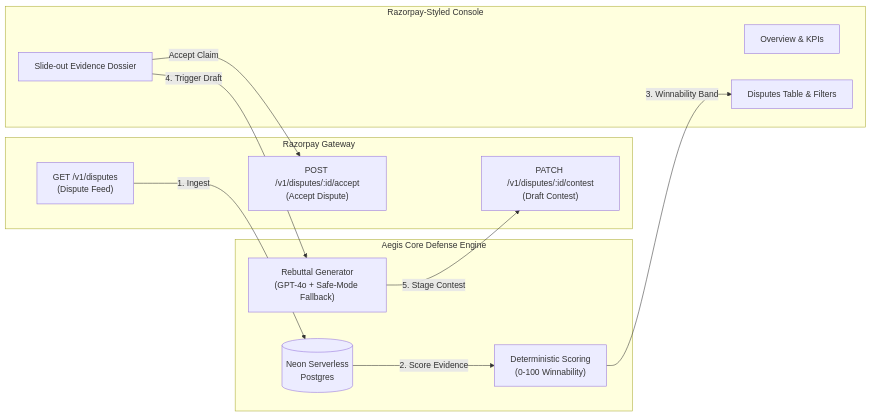
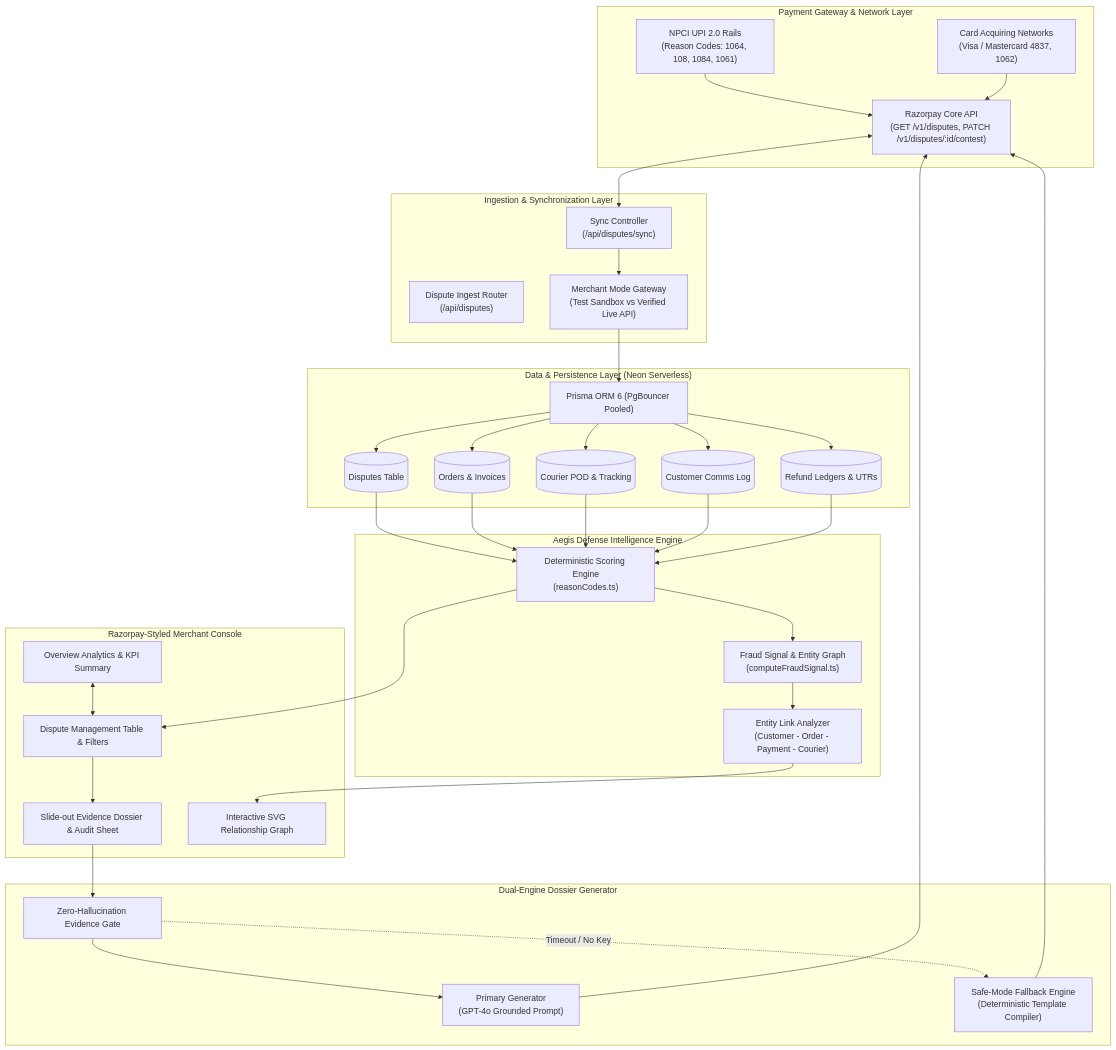
The first of 2 diagrams in README.md (YashDoesCode/aegis.razorpay.com), drawn with Mermaid before and after one commit. The commit also changed other lines of this file and 10 other files, not shown here.

````diff
--- a/README.md
+++ b/README.md
@@ -39,27 +115,76 @@
 ```mermaid
-flowchart LR
-    subgraph Gateway ["Razorpay Gateway"]
-        RZP_DISPUTES["GET /v1/disputes\n(Dispute Feed)"]
-        RZP_CONTEST["PATCH /v1/disputes/:id/contest\n(Draft Contest)"]
-        RZP_ACCEPT["POST /v1/disputes/:id/accept\n(Accept Dispute)"]
+flowchart TB
+    subgraph GatewayLayer ["Payment Gateway & Network Layer"]
+        RZP_API["Razorpay Core API\n(GET /v1/disputes, PATCH /v1/disputes/:id/contest)"]
+        NPCI["NPCI UPI 2.0 Rails\n(Reason Codes: 1064, 108, 1084, 1061)"]
+        CARDS["Card Acquiring Networks\n(Visa / Mastercard 4837, 1062)"]
     end
 
-    subgraph AegisEngine ["Aegis Core Defense Engine"]
-        NEON[(Neon Serverless\nPostgres)]
-        SCORE["Deterministic Scoring\n(0-100 Winnability)"]
-        LLM["Rebuttal Generator\n(GPT-4o + Safe-Mode Fallback)"]
+    subgraph IngestionLayer ["Ingestion & Synchronization Layer"]
+        SYNC_HANDLER["Sync Controller\n(/api/disputes/sync)"]
+        WEBHOOK_INGEST["Dispute Ingest Router\n(/api/disputes)"]
+        MODE_GATE["Merchant Mode Gateway\n(Test Sandbox vs Verified Live API)"]
     end
 
-    subgraph Dashboard ["Razorpay-Styled Console"]
-        UI_METRICS["Overview & KPIs"]
-        UI_TABLE["Disputes Table & Filters"]
-        UI_DRAWER["Slide-out Evidence Dossier"]
+    subgraph DataStoreLayer ["Data & Persistence Layer (Neon Serverless)"]
+        PRISMA["Prisma ORM 6 (PgBouncer Pooled)"]
+        DB_DISPUTES[("Disputes Table")]
+        DB_ORDERS[("Orders & Invoices")]
+        DB_DELIVERY[("Courier POD & Tracking")]
+        DB_COMMS[("Customer Comms Log")]
+        DB_REFUNDS[("Refund Ledgers & UTRs")]
     end
 
-    RZP_DISPUTES -->|1. Ingest| NEON
-    NEON -->|2. Score Evidence| SCORE
-    SCORE -->|3. Winnability Band| UI_TABLE
-    UI_DRAWER -->|4. Trigger Draft| LLM
-    LLM -->|5. Stage Contest| RZP_CONTEST
-    UI_DRAWER -->|Accept Claim| RZP_ACCEPT
+    subgraph IntelligenceLayer ["Aegis Defense Intelligence Engine"]
+        RULE_ENGINE["Deterministic Scoring Engine\n(reasonCodes.ts)"]
+        FRAUD_ENGINE["Fraud Signal & Entity Graph\n(computeFraudSignal.ts)"]
+        GRAPH_BUILDER["Entity Link Analyzer\n(Customer - Order - Payment - Courier)"]
+    end
+
+    subgraph GenerationLayer ["Dual-Engine Dossier Generator"]
+        LLM_GEN["Primary Generator\n(GPT-4o Grounded Prompt)"]
+        SAFE_FALLBACK["Safe-Mode Fallback Engine\n(Deterministic Template Compiler)"]
+        SAFETY_GATE["Zero-Hallucination Evidence Gate"]
+    end
+
+    subgraph PresentationLayer ["Razorpay-Styled Merchant Console"]
+        OVERVIEW_PAGE["Overview Analytics & KPI Summary"]
+        DISPUTE_CONSOLE["Dispute Management Table & Filters"]
+        DETAIL_DRAWER["Slide-out Evidence Dossier & Audit Sheet"]
+        GRAPH_CANVAS["Interactive SVG Relationship Graph"]
+    end
+
+    %% Flow Connections
+    NPCI --> RZP_API
+    CARDS --> RZP_API
+    RZP_API <--> SYNC_HANDLER
+    SYNC_HANDLER --> MODE_GATE
+    MODE_GATE --> PRISMA
+
+    PRISMA --> DB_DISPUTES
+    PRISMA --> DB_ORDERS
+    PRISMA --> DB_DELIVERY
+    PRISMA --> DB_COMMS
+    PRISMA --> DB_REFUNDS
+
+    DB_DISPUTES --> RULE_ENGINE
+    DB_ORDERS --> RULE_ENGINE
+    DB_DELIVERY --> RULE_ENGINE
+    DB_COMMS --> RULE_ENGINE
+    DB_REFUNDS --> RULE_ENGINE
+
+    RULE_ENGINE --> FRAUD_ENGINE
+    FRAUD_ENGINE --> GRAPH_BUILDER
+
+    RULE_ENGINE --> DISPUTE_CONSOLE
+    GRAPH_BUILDER --> GRAPH_CANVAS
+
+    DISPUTE_CONSOLE --> DETAIL_DRAWER
+    DETAIL_DRAWER --> SAFETY_GATE
+    SAFETY_GATE --> LLM_GEN
+    SAFETY_GATE -. Timeout / No Key .-> SAFE_FALLBACK
+
+    LLM_GEN --> RZP_API
+    SAFE_FALLBACK --> RZP_API
+    OVERVIEW_PAGE <--> DISPUTE_CONSOLE
 ```
````
